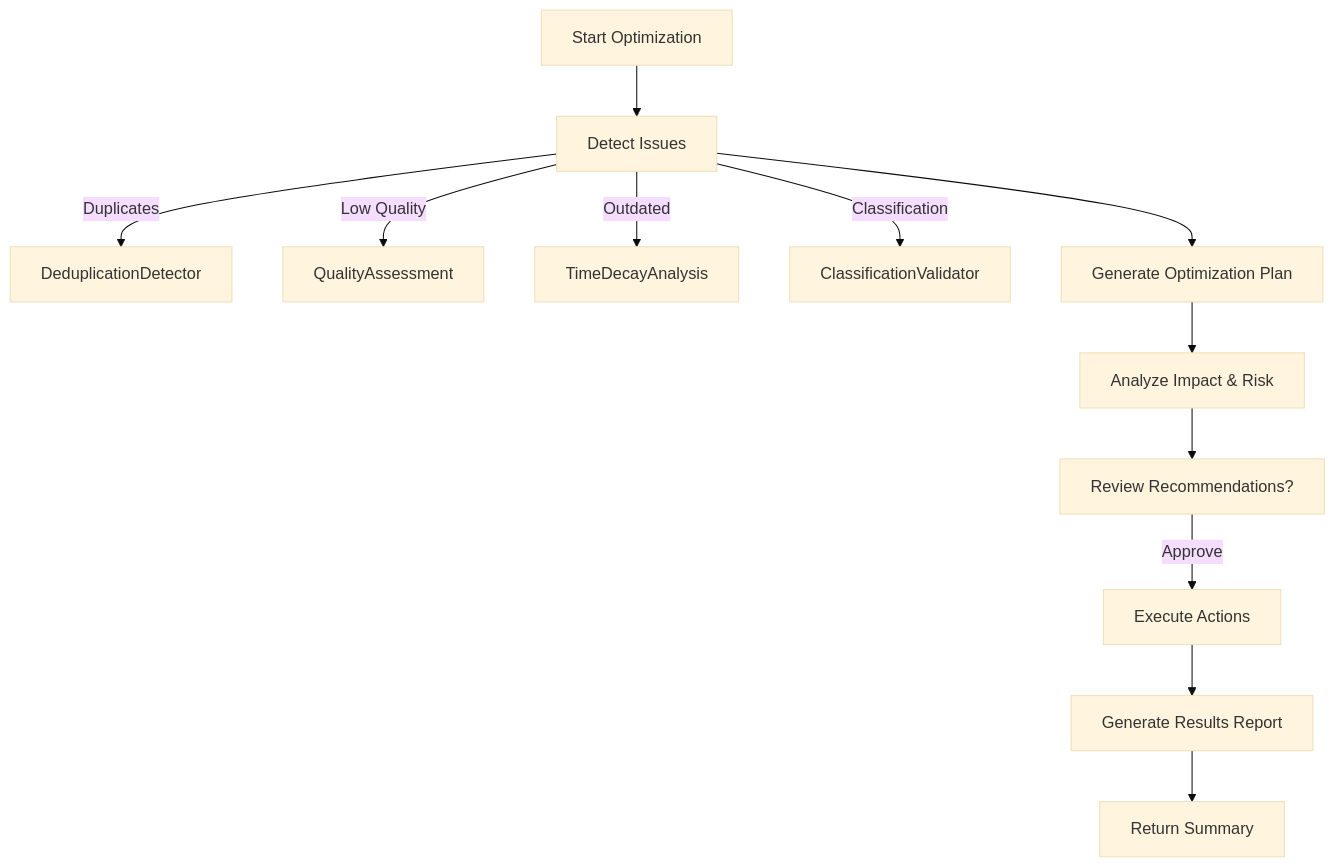
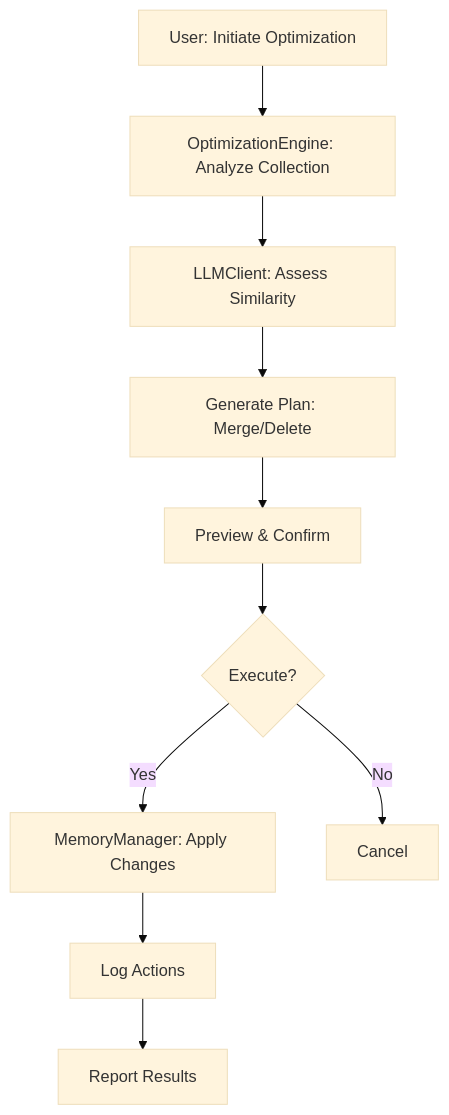
The sixth of 8 diagrams in litho.docs/2.Architecture.md (sopaco/cortex-mem), drawn with Mermaid (base theme) before and after one commit. The commit also changed other lines of this file and 11 other files, not shown here.

````diff
--- a/litho.docs/2.Architecture.md
+++ b/litho.docs/2.Architecture.md
@@ -403,15 +320,12 @@
 ```mermaid
-flowchart TD
-    Start[Start Optimization] --> Detector[Detect Issues]
-    Detector -->|Duplicates| Deduplicator[DeduplicationDetector]
-    Detector -->|Low Quality| QualityChecker[QualityAssessment]
-    Detector -->|Outdated| TimeAnalyzer[TimeDecayAnalysis]
-    Detector -->|Classification| Classifier[ClassificationValidator]
-    
-    Detector --> Planner[Generate Optimization Plan]
-    Planner --> Analyzer[Analyze Impact & Risk]
-    Analyzer --> User[Review Recommendations?]
-    User -->|Approve| Executor[Execute Actions]
-    Executor --> Reporter[Generate Results Report]
-    Reporter --> End[Return Summary]
+graph TD
+    A[User: Initiate Optimization] --> B[OptimizationEngine: Analyze Collection]
+    B --> C[LLMClient: Assess Similarity]
+    C --> D[Generate Plan: Merge/Delete]
+    D --> E[Preview & Confirm]
+    E --> F{Execute?}
+    F -->|Yes| G[MemoryManager: Apply Changes]
+    F -->|No| H[Cancel]
+    G --> I[Log Actions]
+    I --> J[Report Results]
 ```
````
